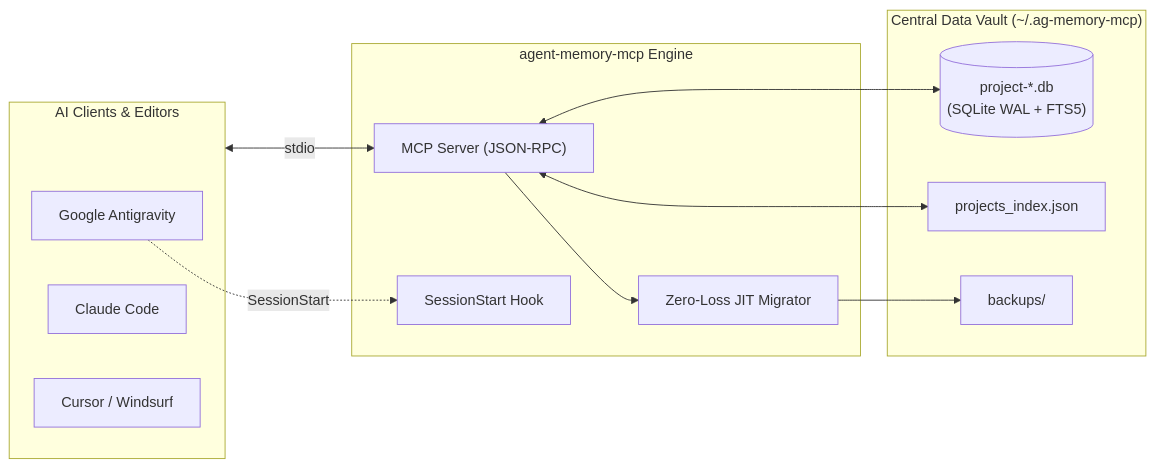
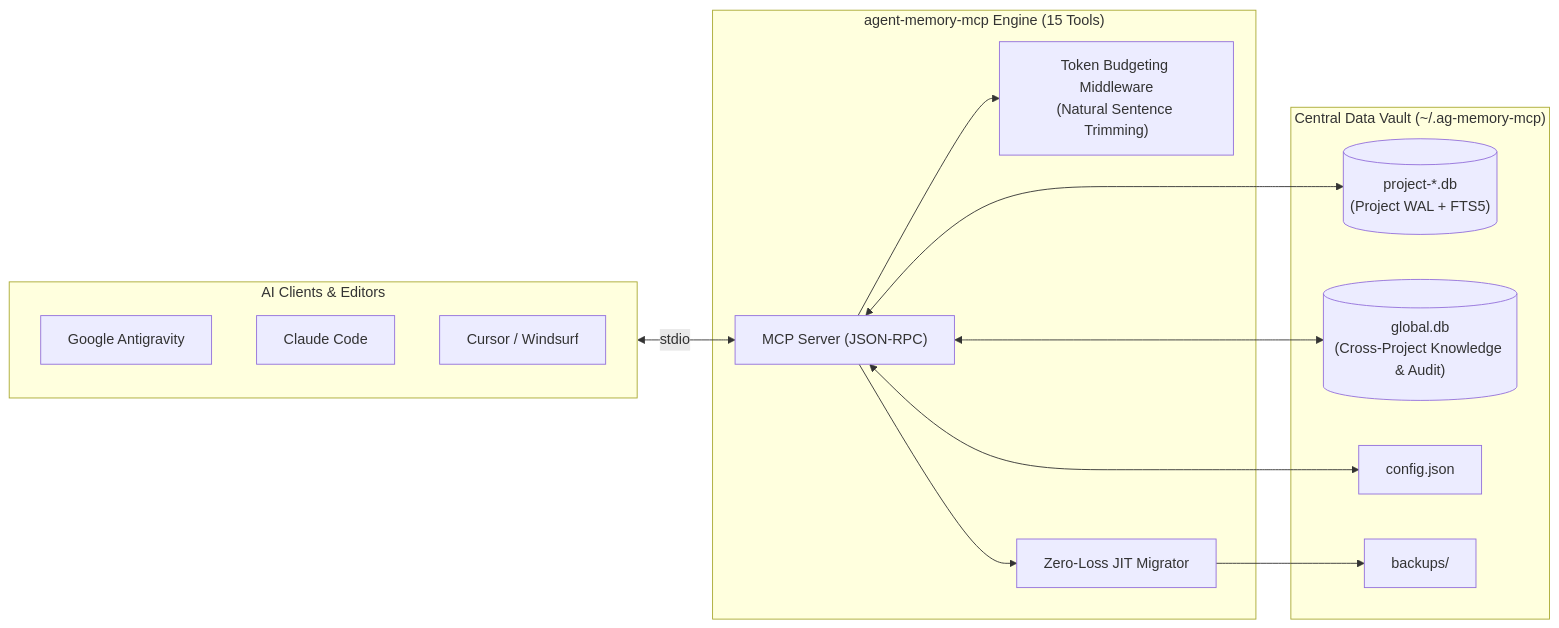
The diagram in data/readmes/msking18__agent-memory-mcp.md (zqf20096327/dbhub_collect), drawn with Mermaid before and after one commit. The commit also changed other lines of this file and 544 other files, not shown here.

````diff
--- a/data/readmes/msking18__agent-memory-mcp.md
+++ b/data/readmes/msking18__agent-memory-mcp.md
@@ -37,27 +39,29 @@
 ```mermaid
 flowchart LR
     subgraph Clients["AI Clients & Editors"]
         AG["Google Antigravity"]
         CC["Claude Code"]
         CU["Cursor / Windsurf"]
     end
 
-    subgraph MCP["agent-memory-mcp Engine"]
+    subgraph MCP["agent-memory-mcp Engine (15 Tools)"]
         Server["MCP Server (JSON-RPC)"]
-        Hook["SessionStart Hook"]
+        Middleware["Token Budgeting Middleware<br/>(Natural Sentence Trimming)"]
         Migrator["Zero-Loss JIT Migrator"]
     end
 
     subgraph Storage["Central Data Vault (~/.ag-memory-mcp)"]
-        DB[("project-*.db<br/>(SQLite WAL + FTS5)")]
-        Index["projects_index.json"]
+        ProjectDB[("project-*.db<br/>(Project WAL + FTS5)")]
+        GlobalDB[("global.db<br/>(Cross-Project Knowledge & Audit)")]
+        Config["config.json"]
         Backups["backups/"]
     end
 
     Clients <-->|"stdio"| Server
-    AG -.->|"SessionStart"| Hook
+    Server --> Middleware
     Server --> Migrator
     Migrator --> Backups
-    Server <--> DB
-    Server <--> Index
+    Server <--> ProjectDB
+    Server <--> GlobalDB
+    Server <--> Config
 ```
````
